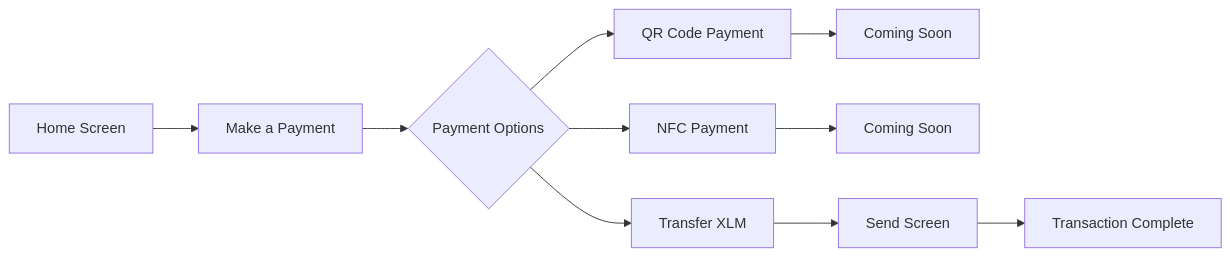
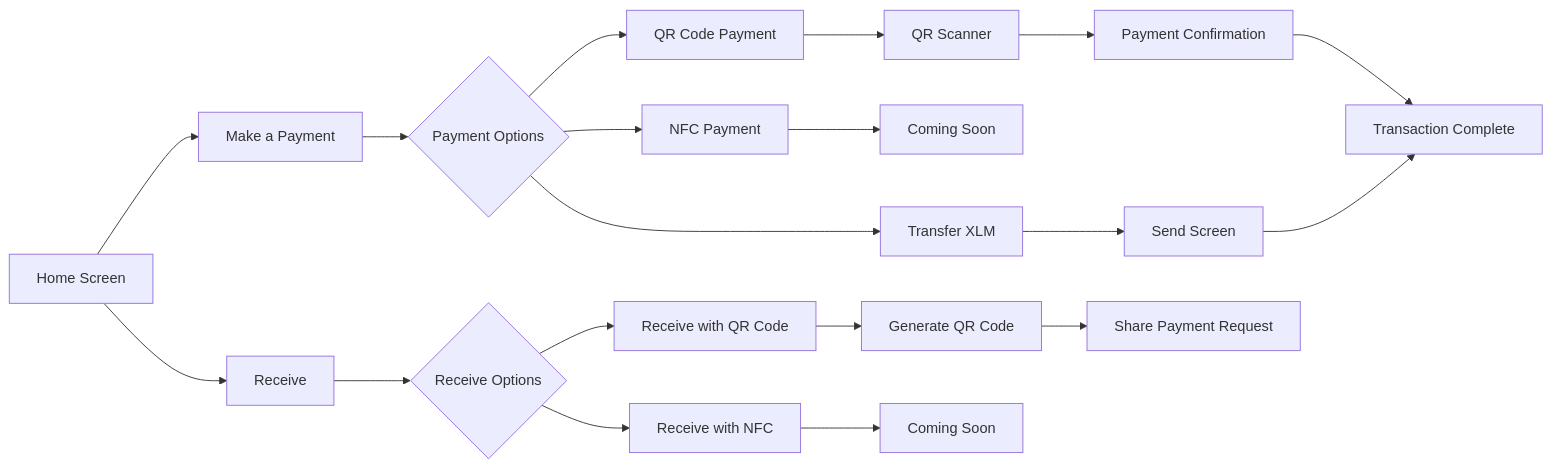
Before and after one commit to Mantis322/Gringotts-Wallet: the fifth of 9 diagrams in README.md, drawn with Mermaid. The commit also changed other lines of this file and 12 other files, not shown here.

Commit message:
QR Code Payment Has Been Completed

````diff
--- a/README.md
+++ b/README.md
@@ -213,9 +262,14 @@
 ```mermaid
 graph LR
     A[Home Screen] --> B[Make a Payment]
+    A --> H[Receive]
+    
     B --> C{Payment Options}
-    C --> D[QR Code Payment] --> D1[Coming Soon]
+    C --> D[QR Code Payment] --> D1[QR Scanner] --> D2[Payment Confirmation] --> G[Transaction Complete]
     C --> E[NFC Payment] --> E1[Coming Soon]
-    C --> F[Transfer XLM] --> F1[Send Screen]
-    F1 --> G[Transaction Complete]
+    C --> F[Transfer XLM] --> F1[Send Screen] --> G
+    
+    H --> I{Receive Options}
+    I --> J[Receive with QR Code] --> J1[Generate QR Code] --> J2[Share Payment Request]
+    I --> K[Receive with NFC] --> K1[Coming Soon]
 ```
````
